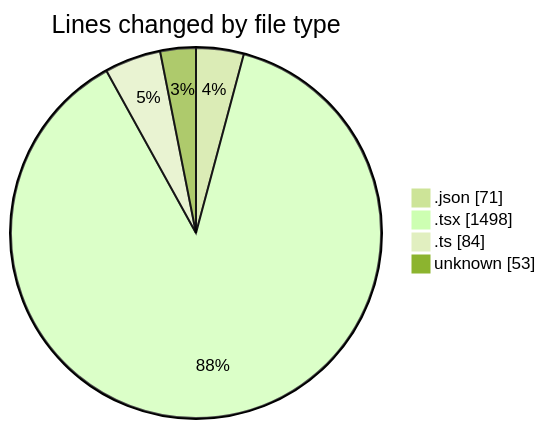
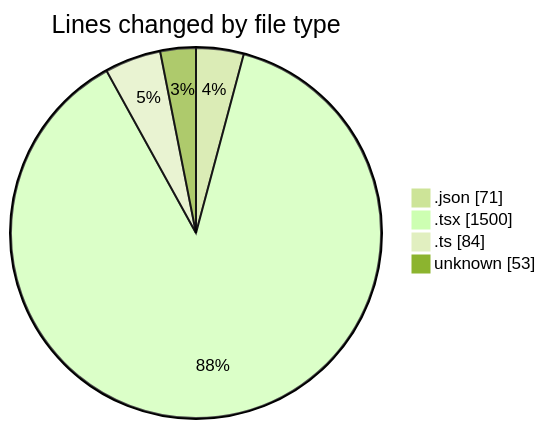
Before and after one commit to momahboobian/code-tracking: the first of 2 diagrams in 2026-01-29/cda/README.md, drawn with Mermaid (forest theme). The commit also changed other lines of this file and 1 other file, not shown here.

````diff
--- a/2026-01-29/cda/README.md
+++ b/2026-01-29/cda/README.md
@@ -23,8 +23,8 @@
 ```mermaid
 pie showData
 title Lines changed by file type
 ".json" : 71
-".tsx" : 1498
+".tsx" : 1500
 ".ts" : 84
 "unknown" : 53
 ```
````
